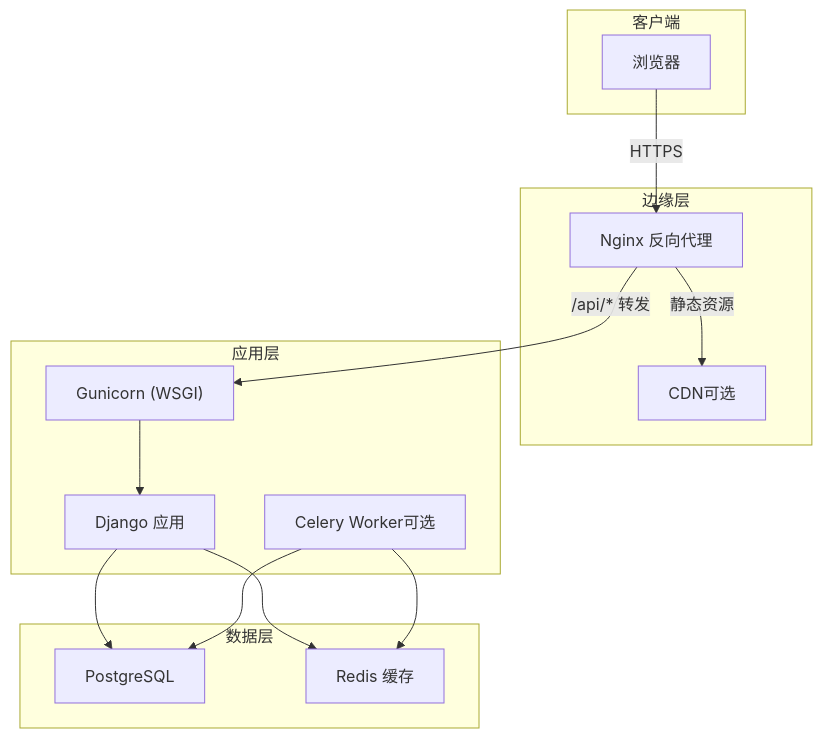
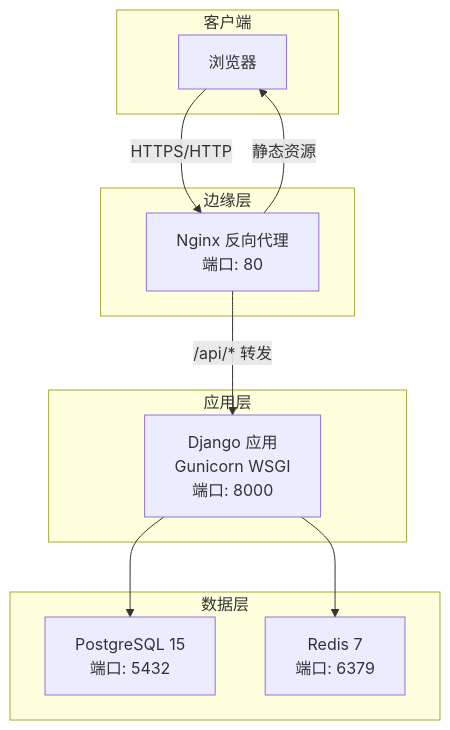
One commit to zyp-coder/Metadata changed the first of 4 diagrams in .qoder/repowiki/zh/content/部署配置/生产环境部署.md. Above: the diagram before and after it, drawn with Mermaid. The commit also changed other lines of this file and 54 other files, not shown here.

````diff
--- a/.qoder/repowiki/zh/content/部署配置/生产环境部署.md
+++ b/.qoder/repowiki/zh/content/部署配置/生产环境部署.md
@@ -34,27 +46,21 @@
 ```mermaid
 graph TB
 subgraph "客户端"
 Browser["浏览器"]
 end
 subgraph "边缘层"
-Nginx["Nginx 反向代理"]
-CDN["CDN可选"]
+Nginx["Nginx 反向代理<br/>端口: 80"]
 end
 subgraph "应用层"
-Gunicorn["Gunicorn (WSGI)"]
-Django["Django 应用"]
-CeleryWorker["Celery Worker可选"]
+Backend["Django 应用<br/>Gunicorn WSGI<br/>端口: 8000"]
 end
 subgraph "数据层"
-Postgres["PostgreSQL"]
-Redis["Redis 缓存"]
+Postgres["PostgreSQL 15<br/>端口: 5432"]
+Redis["Redis 7<br/>端口: 6379"]
 end
-Browser --> |HTTPS| Nginx
-Nginx --> |静态资源| CDN
-Nginx --> |/api/* 转发| Gunicorn
-Gunicorn --> Django
-Django --> Postgres
-Django --> Redis
-CeleryWorker --> Postgres
-CeleryWorker --> Redis
+Browser --> |HTTPS/HTTP| Nginx
+Nginx --> |静态资源| Browser
+Nginx --> |/api/* 转发| Backend
+Backend --> Postgres
+Backend --> Redis
 ```
````
